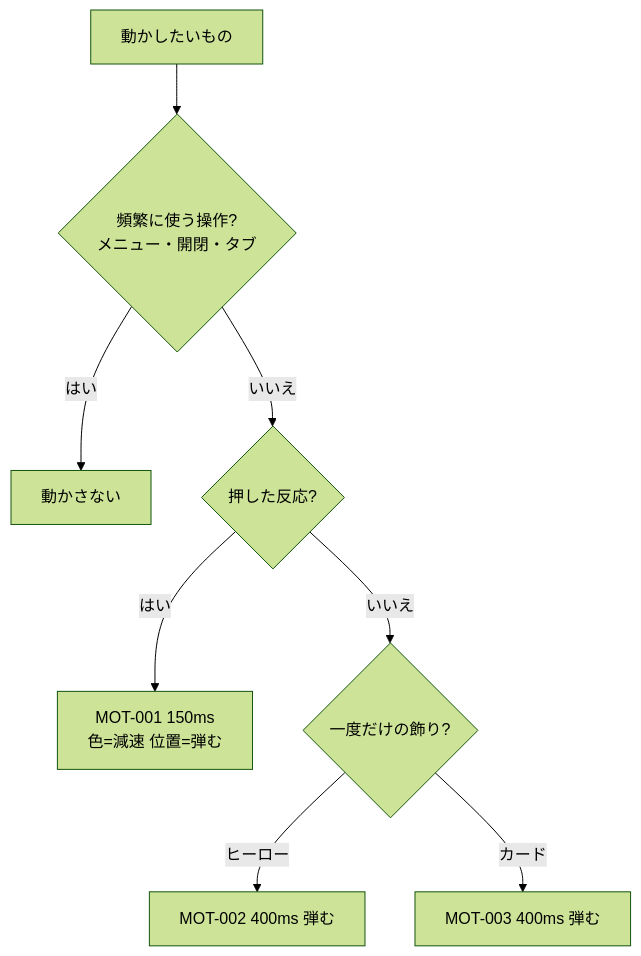
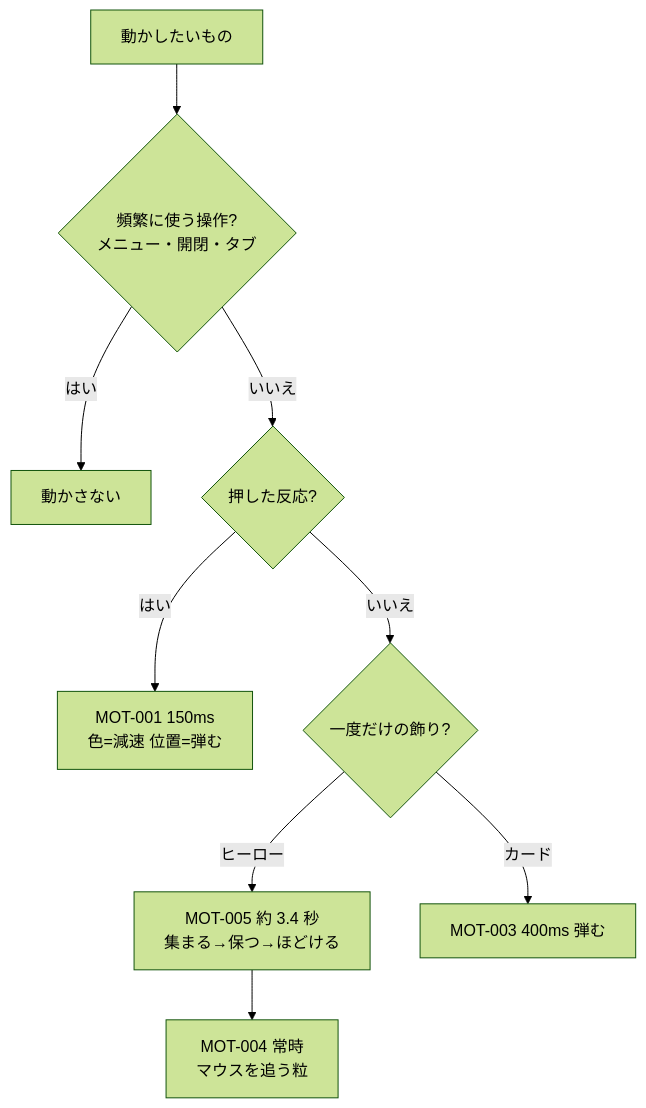
One commit to itiwoja/DC-Designer changed the diagram in docs/design/ui/06_motion.md. Above: the diagram before and after it, drawn with Mermaid (forest theme). The commit also changed other lines of this file and 9 other files, not shown here.

````diff
--- a/docs/design/ui/06_motion.md
+++ b/docs/design/ui/06_motion.md
@@ -15,10 +17,11 @@
 ```mermaid
 flowchart TD
   A[動かしたいもの] --> B{頻繁に使う操作?<br>メニュー・開閉・タブ}
   B -->|はい| N[動かさない]
   B -->|いいえ| C{押した反応?}
   C -->|はい| M1[MOT-001 150ms<br>色=減速 位置=弾む]
   C -->|いいえ| D{一度だけの飾り?}
-  D -->|ヒーロー| M2[MOT-002 400ms 弾む]
+  D -->|ヒーロー| M5[MOT-005 約 3.4 秒<br>集まる→保つ→ほどける]
   D -->|カード| M3[MOT-003 400ms 弾む]
+  M5 --> M4[MOT-004 常時<br>マウスを追う粒]
 ```
````
